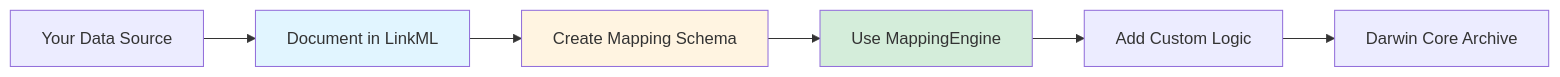
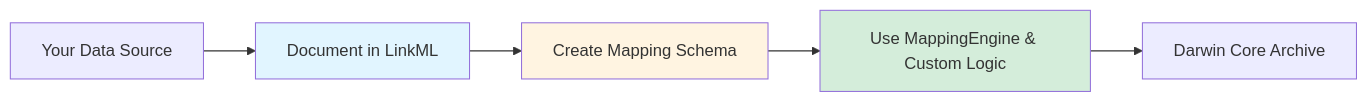
Before and after one commit to sformel/IA_fisheries_trawl: the diagram in docs/reusability.md, drawn with Mermaid.

Commit message:
update diagram

````diff
--- a/docs/reusability.md
+++ b/docs/reusability.md
@@ -7,12 +7,11 @@
 ```mermaid
 flowchart LR
     A[Your Data Source] --> B[Document in LinkML]
     B --> C[Create Mapping Schema]
-    C --> D[Use MappingEngine]
-    D --> E[Add Custom Logic]
-    E --> F[Darwin Core Archive]
+    C --> D[Use MappingEngine & Custom Logic]
+    D --> E[Darwin Core Archive]
     
     style B fill:#e1f5ff
     style C fill:#fff4e1
     style D fill:#d4edda
 ```
````
